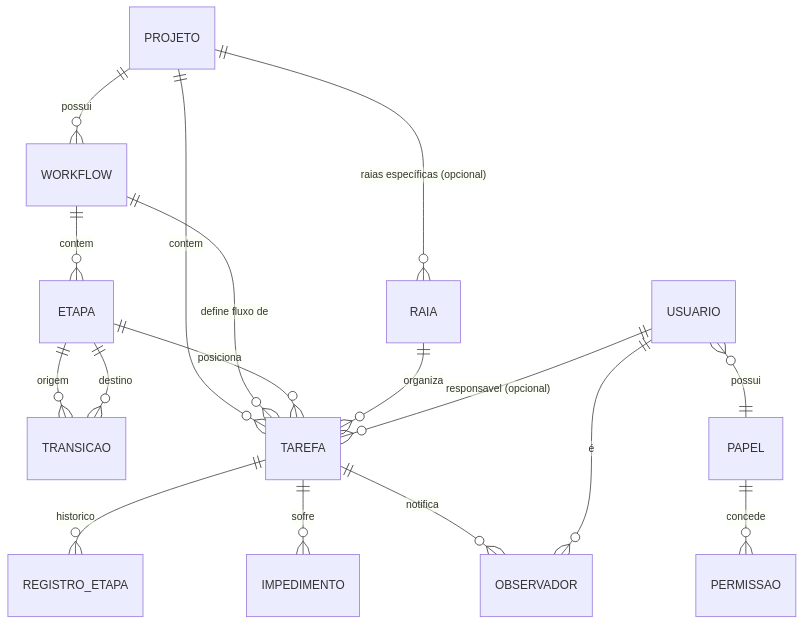
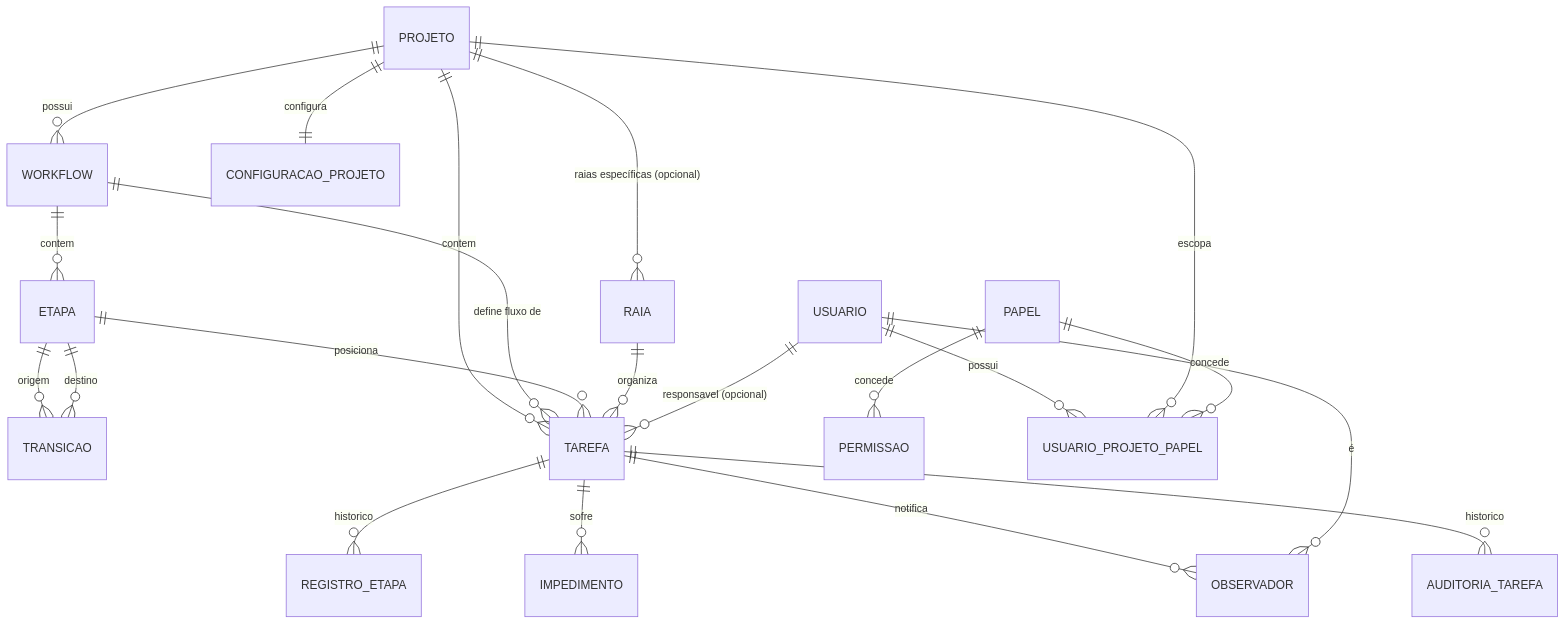
The diagram in docs/techspec/kanban-configuravel/data-model.md (thiagorjes/CRUDAO), drawn with Mermaid before and after one commit. The commit also changed other lines of this file and 89 other files, not shown here.

````diff
--- a/docs/techspec/kanban-configuravel/data-model.md
+++ b/docs/techspec/kanban-configuravel/data-model.md
@@ -8,19 +9,23 @@
 ```mermaid
 erDiagram
     PROJETO ||--o{ WORKFLOW : possui
     PROJETO ||--o{ RAIA : "raias específicas (opcional)"
     WORKFLOW ||--o{ ETAPA : contem
     ETAPA ||--o{ TRANSICAO : origem
     ETAPA ||--o{ TRANSICAO : destino
     PROJETO ||--o{ TAREFA : contem
     WORKFLOW ||--o{ TAREFA : "define fluxo de"
     ETAPA ||--o{ TAREFA : "posiciona"
     RAIA ||--o{ TAREFA : organiza
     TAREFA ||--o{ REGISTRO_ETAPA : historico
     TAREFA ||--o{ IMPEDIMENTO : sofre
     TAREFA ||--o{ OBSERVADOR : notifica
     USUARIO ||--o{ OBSERVADOR : "é"
-    USUARIO }o--|| PAPEL : possui
     PAPEL ||--o{ PERMISSAO : concede
     USUARIO ||--o{ TAREFA : "responsavel (opcional)"
+    USUARIO ||--o{ USUARIO_PROJETO_PAPEL : possui
+    PROJETO ||--o{ USUARIO_PROJETO_PAPEL : escopa
+    PAPEL ||--o{ USUARIO_PROJETO_PAPEL : concede
+    PROJETO ||--|| CONFIGURACAO_PROJETO : configura
+    TAREFA ||--o{ AUDITORIA_TAREFA : historico
 ```
````
